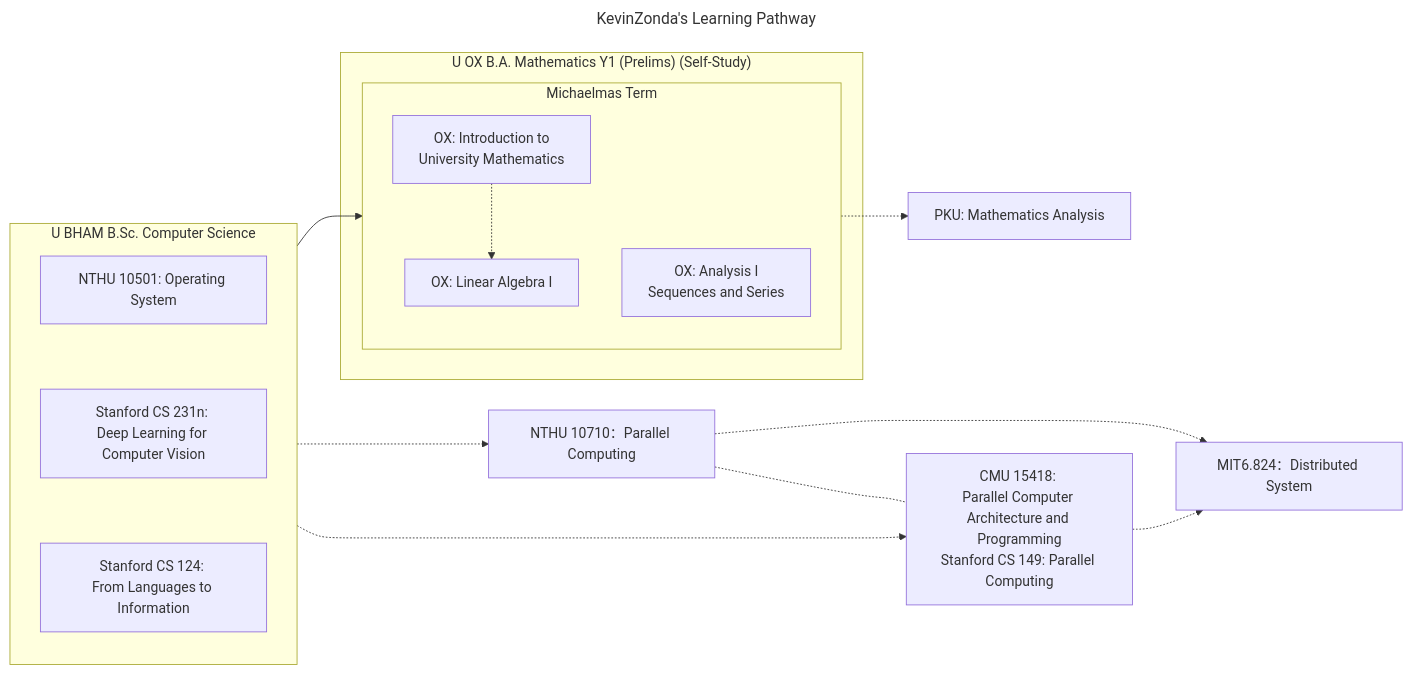
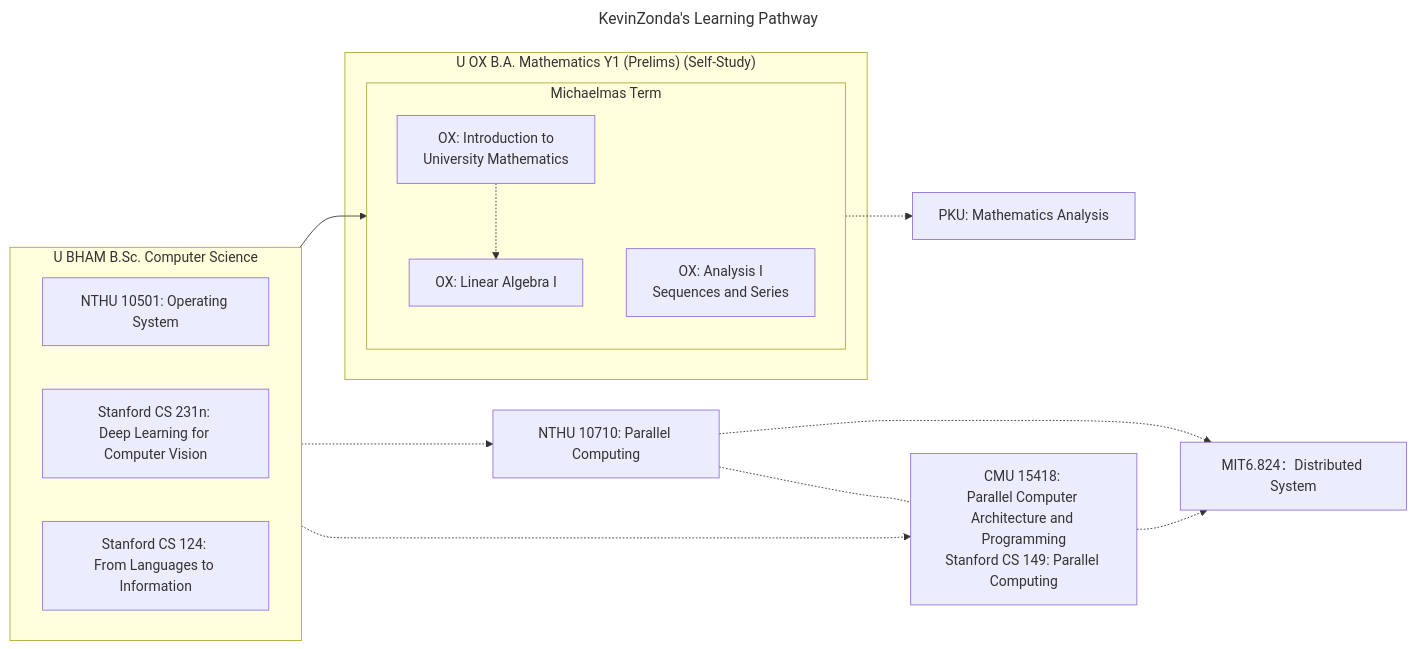
The diagram in README.md (KevinZonda/KevinZonda), drawn with Mermaid before and after one commit.

````diff
--- a/README.md
+++ b/README.md
@@ -43,43 +43,42 @@
 ```mermaid
 ---
 title: KevinZonda's Learning Pathway
 ---
 flowchart LR
   subgraph UOB[U BHAM B.Sc. Computer Science]
-    direction TB
+    direction LR
     NTHU_OS[NTHU 10501: Operating System]
     S_CVDL[Stanford CS 231n: <br>Deep Learning for Computer Vision]
     S_NLP[Stanford CS 124: <br>From Languages to Information]
-    NTHU_OS ~~~ S_CVDL
-    S_CVDL ~~~ S_NLP
+
   end
 
   subgraph OX_M_Y1["U OX B.A. Mathematics Y1 (Prelims) (Self-Study)"]
     subgraph OX_M_Y1_T1[Michaelmas Term]
       direction TB
       OX_IntroUniMath[OX: Introduction to<br>University Mathematics]
       OX_LinearAlg1[OX: Linear Algebra I]
       OX_Analysis1[OX: Analysis I<br>Sequences and Series]
     end
   end
 
   
   PKU_MathAnalysis[PKU: Mathematics Analysis]
   
-  NTHU_Parallel[NTHU 10710：Parallel Computing]
+  NTHU_Parallel[NTHU 10710: Parallel Computing]
   CMU_Parallel[CMU 15418: <br>Parallel Computer Architecture and Programming<br>Stanford CS 149: Parallel Computing]
   NTHU_Parallel -.- CMU_Parallel
   MIT_DistSys[MIT6.824：Distributed System]
   
 
   UOB -.-> NTHU_Parallel
   UOB -.-> CMU_Parallel
   NTHU_Parallel -.-> MIT_DistSys
   CMU_Parallel -.-> MIT_DistSys
 
   UOB --> OX_IntroUniMath
 
   OX_IntroUniMath -.-> OX_LinearAlg1
   OX_IntroUniMath -.-> PKU_MathAnalysis
   
 ```
````
